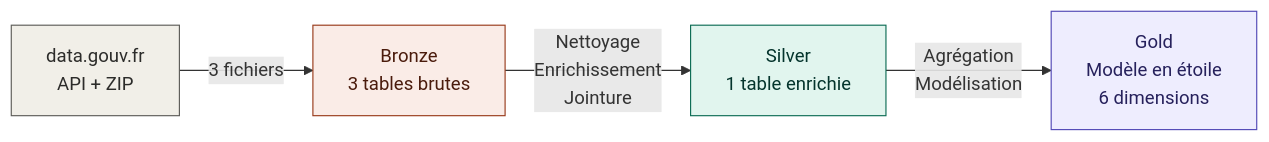
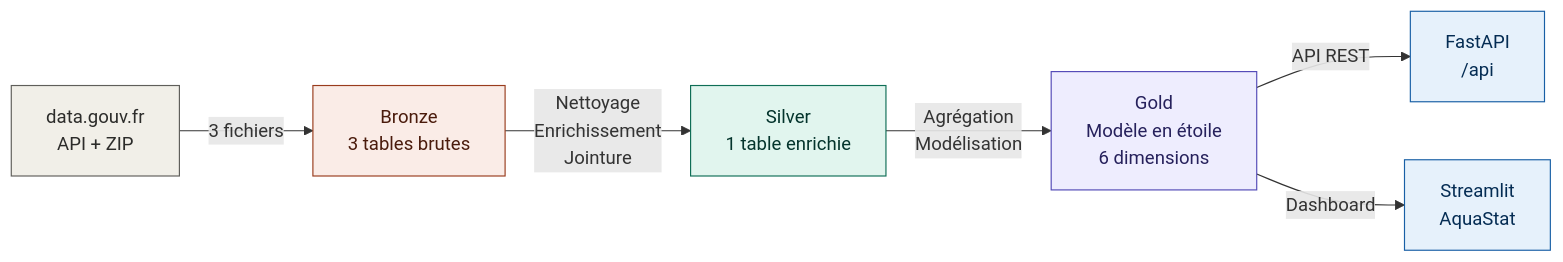
The first of 3 diagrams in README.md (MariamDouamba/water-quality-pipeline), drawn with Mermaid before and after one commit. The commit also changed other lines of this file and 1 other file, not shown here.

First line of the commit message:
docs: update READMEs to reflect dashboard, API and pipeline changes

````diff
--- a/README.md
+++ b/README.md
@@ -7,11 +22,15 @@
 ```mermaid
 flowchart LR
     A[data.gouv.fr\nAPI + ZIP] -->|3 fichiers| B[Bronze\n3 tables brutes]
     B -->|Nettoyage\nEnrichissement\nJointure| C[Silver\n1 table enrichie]
     C -->|Agrégation\nModélisation| D[Gold\nModèle en étoile\n6 dimensions]
+    D -->|API REST| E[FastAPI\n/api]
+    D -->|Dashboard| F[Streamlit\nAquaStat]
 
     style A fill:#f1efe8,stroke:#5f5e5a,color:#2c2c2a
     style B fill:#faece7,stroke:#993c1d,color:#4a1b0c
     style C fill:#e1f5ee,stroke:#0f6e56,color:#04342c
     style D fill:#eeedfe,stroke:#534ab7,color:#26215c
+    style E fill:#e6f1fb,stroke:#185fa5,color:#042c53
+    style F fill:#e6f1fb,stroke:#185fa5,color:#042c53
 ```
````
